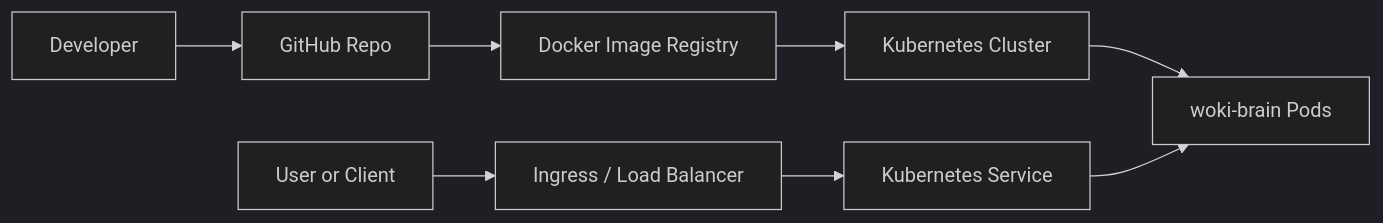
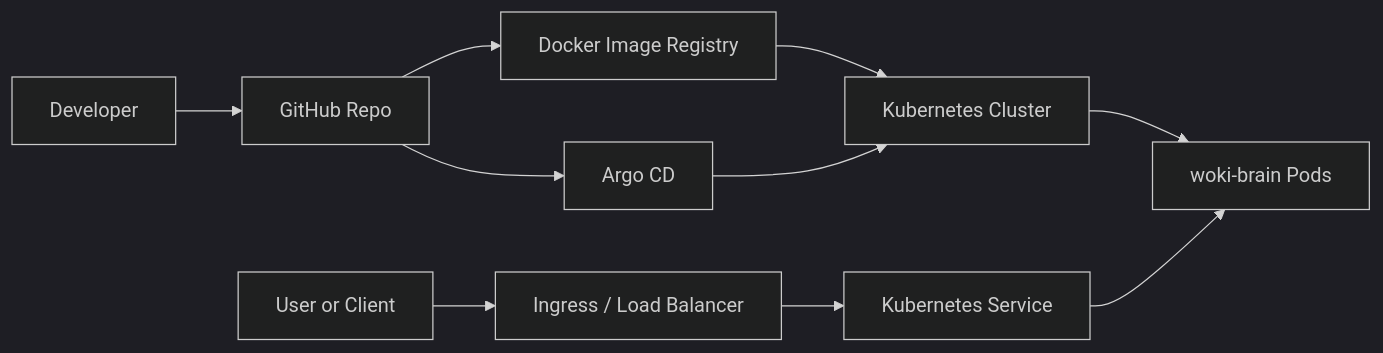
Before and after one commit to pablofedericosantillan/infra-labs: the diagram in README.md, drawn with Mermaid (dark theme). The commit also changed other lines of this file and 9 other files, not shown here.

````diff
--- a/README.md
+++ b/README.md
@@ -38,10 +46,12 @@
 ```mermaid
 flowchart LR
   Dev[Developer] --> GitHub[GitHub Repo]
   GitHub --> Image[Docker Image Registry]
   Image --> K8s[Kubernetes Cluster]
+  GitHub --> Argo[Argo CD]
+  Argo --> K8s
   K8s --> Pod[woki-brain Pods]
   User[User or Client] --> Ingress[Ingress / Load Balancer]
   Ingress --> Service[Kubernetes Service]
   Service --> Pod
 ```
````
